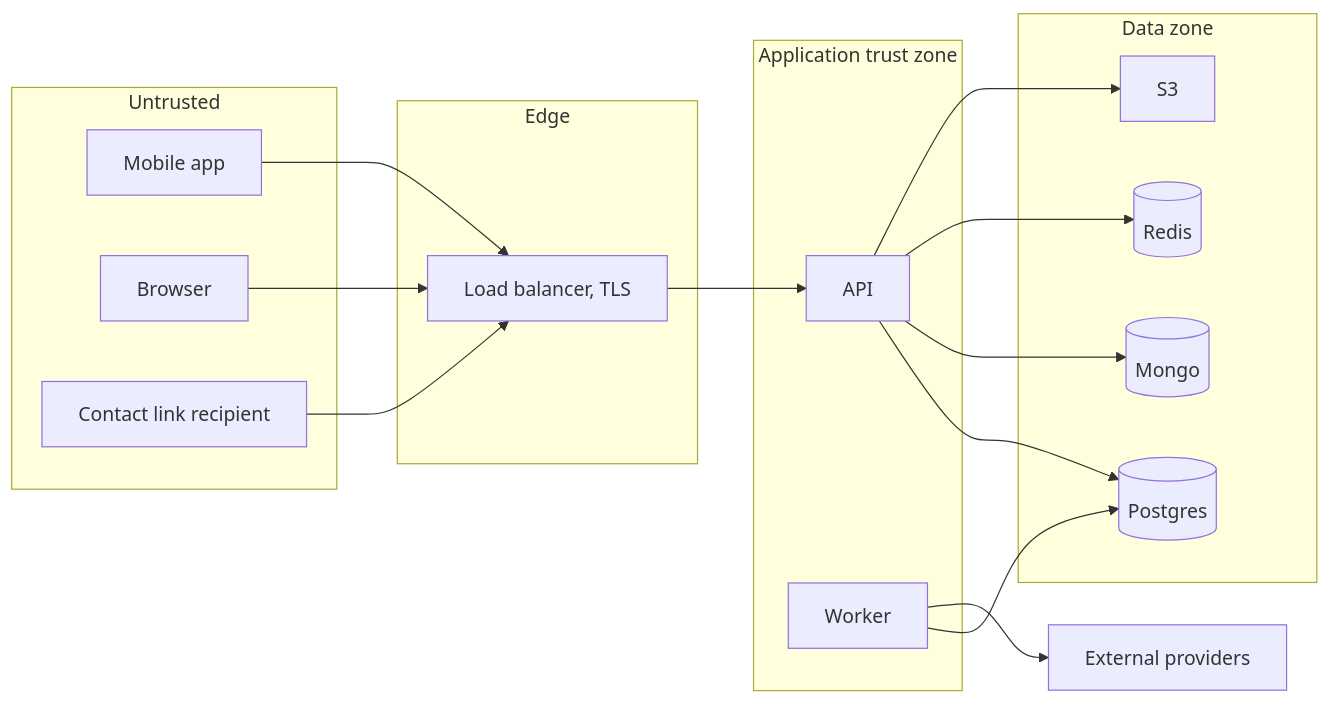
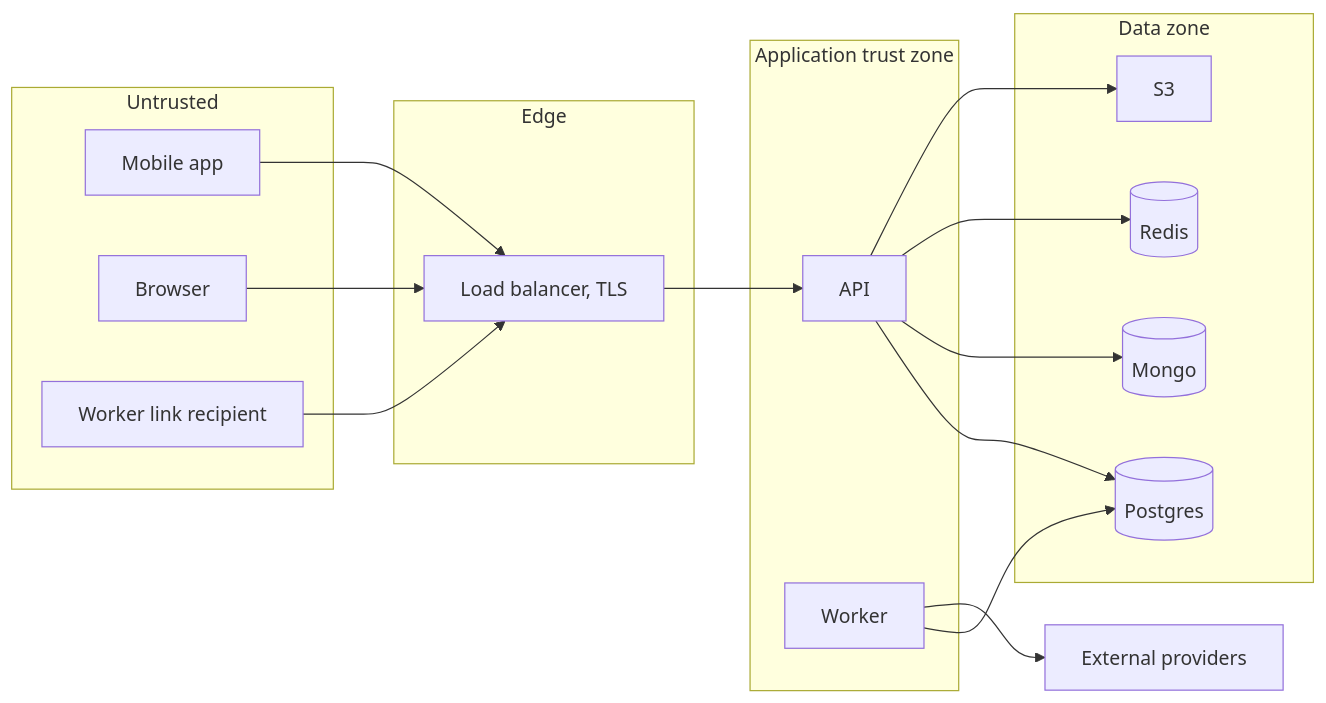
One commit to Sam12355/agricore-farm-platform changed the diagram in THREAT_MODEL.md. Above: the diagram before and after it, drawn with Mermaid. The commit also changed other lines of this file and 205 other files, not shown here.

````diff
--- a/THREAT_MODEL.md
+++ b/THREAT_MODEL.md
@@ -22,27 +22,27 @@
 ```mermaid
 flowchart LR
     subgraph untrusted["Untrusted"]
         PHONE["Mobile app"]
         BROWSER["Browser"]
-        LINK["Contact link recipient"]
+        LINK["Worker link recipient"]
     end
     subgraph edge["Edge"]
         ALB["Load balancer, TLS"]
     end
     subgraph trusted["Application trust zone"]
         API["API"]
         WORKER["Worker"]
     end
     subgraph data["Data zone"]
         PG[("Postgres")]
         MG[("Mongo")]
         RD[("Redis")]
         S3["S3"]
     end
     PHONE --> ALB --> API
     BROWSER --> ALB
     LINK --> ALB
     API --> PG & MG & RD & S3
     WORKER --> PG
     WORKER --> EXT["External providers"]
 ```
````
